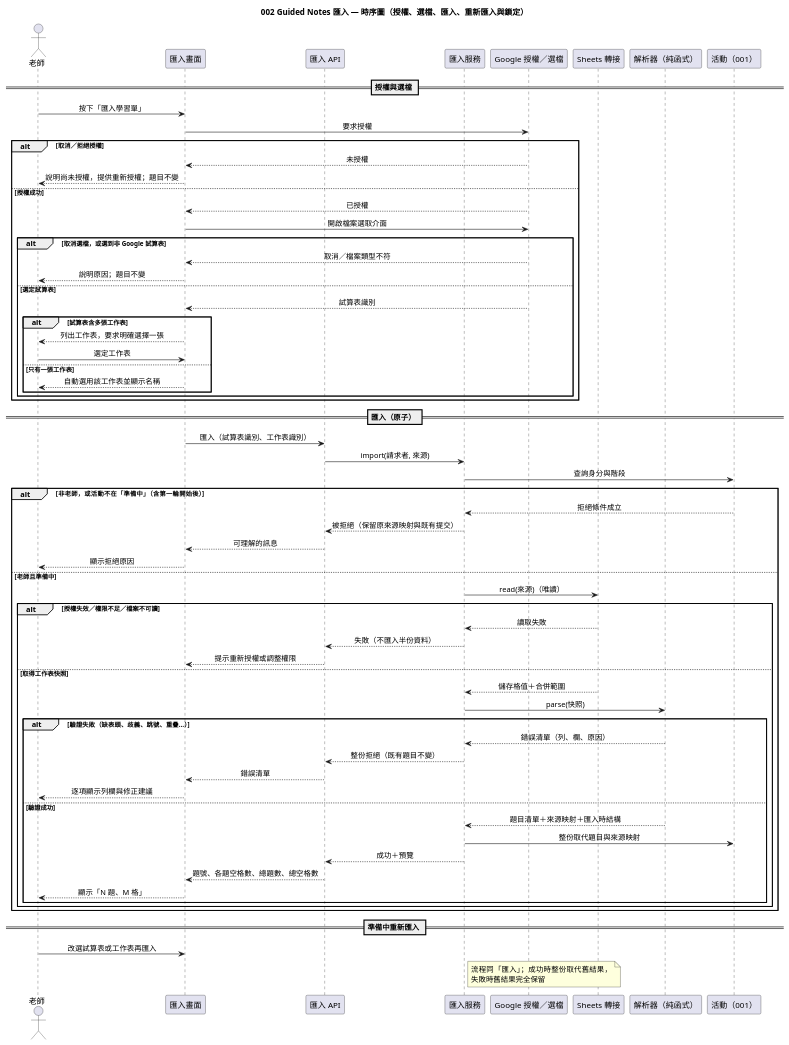
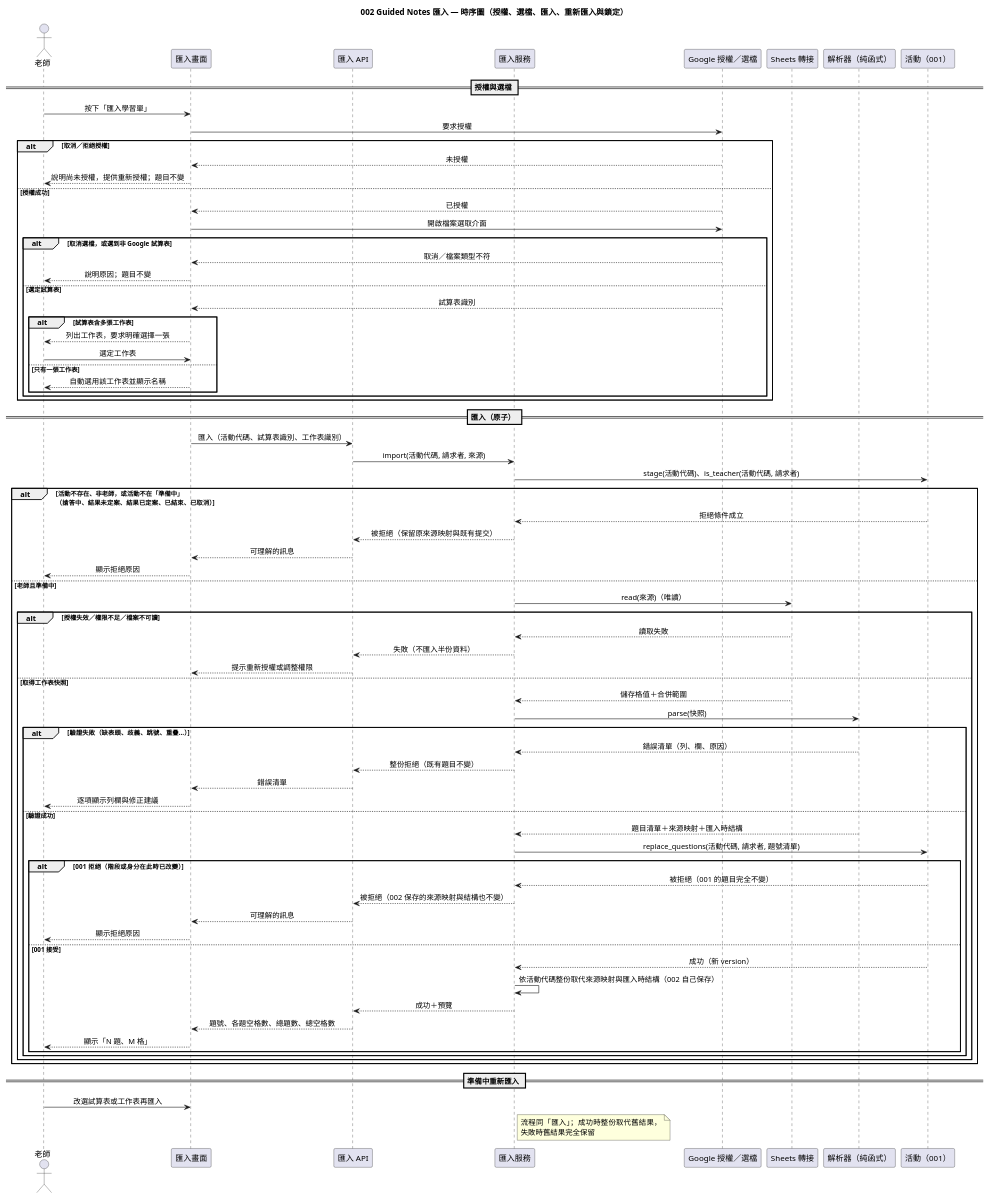
Before and after one commit to EricC430/lecture-answer-first_group16_speckit: the diagram in diagrams/002-guided-notes-import-sequence.puml, drawn with PlantUML. The commit also changed 6 other files, not shown here.

```diff
--- a/diagrams/002-guided-notes-import-sequence.puml
+++ b/diagrams/002-guided-notes-import-sequence.puml
@@ -1,74 +1,83 @@
 @startuml 002-guided-notes-import-sequence
 skinparam defaultFontName "Microsoft JhengHei"
 skinparam sequenceMessageAlign center
 title 002 Guided Notes 匯入 — 時序圖（授權、選檔、匯入、重新匯入與鎖定）
 
 actor "老師" as T
 participant "匯入畫面" as UI
 participant "匯入 API" as API
 participant "匯入服務" as S
 participant "Google 授權／選檔" as G
 participant "Sheets 轉接" as SA
 participant "解析器（純函式）" as P
 participant "活動（001）" as A
 
 == 授權與選檔 ==
 T -> UI : 按下「匯入學習單」
 UI -> G : 要求授權
 alt 取消／拒絕授權
   G --> UI : 未授權
   UI --> T : 說明尚未授權，提供重新授權；題目不變
 else 授權成功
   G --> UI : 已授權
   UI -> G : 開啟檔案選取介面
   alt 取消選檔，或選到非 Google 試算表
     G --> UI : 取消／檔案類型不符
     UI --> T : 說明原因；題目不變
   else 選定試算表
     G --> UI : 試算表識別
     alt 試算表含多張工作表
       UI --> T : 列出工作表，要求明確選擇一張
       T -> UI : 選定工作表
     else 只有一張工作表
       UI --> T : 自動選用該工作表並顯示名稱
     end
   end
 end
 
 == 匯入（原子） ==
-UI -> API : 匯入（試算表識別、工作表識別）
-API -> S : import(請求者, 來源)
-S -> A : 查詢身分與階段
-alt 非老師，或活動不在「準備中」（含第一輪開始後）
+UI -> API : 匯入（活動代碼、試算表識別、工作表識別）
+API -> S : import(活動代碼, 請求者, 來源)
+S -> A : stage(活動代碼)、is_teacher(活動代碼, 請求者)
+alt 活動不存在、非老師，或活動不在「準備中」\n（搶答中、結果未定案、結果已定案、已結束、已取消）
   A --> S : 拒絕條件成立
   S --> API : 被拒絕（保留原來源映射與既有提交）
   API --> UI : 可理解的訊息
   UI --> T : 顯示拒絕原因
 else 老師且準備中
   S -> SA : read(來源)（唯讀）
   alt 授權失效／權限不足／檔案不可讀
     SA --> S : 讀取失敗
     S --> API : 失敗（不匯入半份資料）
     API --> UI : 提示重新授權或調整權限
   else 取得工作表快照
     SA --> S : 儲存格值＋合併範圍
     S -> P : parse(快照)
     alt 驗證失敗（缺表頭、歧義、跳號、重疊…）
       P --> S : 錯誤清單（列、欄、原因）
       S --> API : 整份拒絕（既有題目不變）
       API --> UI : 錯誤清單
       UI --> T : 逐項顯示列欄與修正建議
     else 驗證成功
       P --> S : 題目清單＋來源映射＋匯入時結構
-      S -> A : 整份取代題目與來源映射
-      S --> API : 成功＋預覽
-      API --> UI : 題號、各題空格數、總題數、總空格數
-      UI --> T : 顯示「N 題、M 格」
+      S -> A : replace_questions(活動代碼, 請求者, 題號清單)
+      alt 001 拒絕（階段或身分在此時已改變）
+        A --> S : 被拒絕（001 的題目完全不變）
+        S --> API : 被拒絕（002 保存的來源映射與結構也不變）
+        API --> UI : 可理解的訊息
+        UI --> T : 顯示拒絕原因
+      else 001 接受
+        A --> S : 成功（新 version）
+        S -> S : 依活動代碼整份取代來源映射與匯入時結構（002 自己保存）
+        S --> API : 成功＋預覽
+        API --> UI : 題號、各題空格數、總題數、總空格數
+        UI --> T : 顯示「N 題、M 格」
+      end
     end
   end
 end
 
 == 準備中重新匯入 ==
 T -> UI : 改選試算表或工作表再匯入
 note right of S : 流程同「匯入」；成功時整份取代舊結果，\n失敗時舊結果完全保留
 @enduml
```
